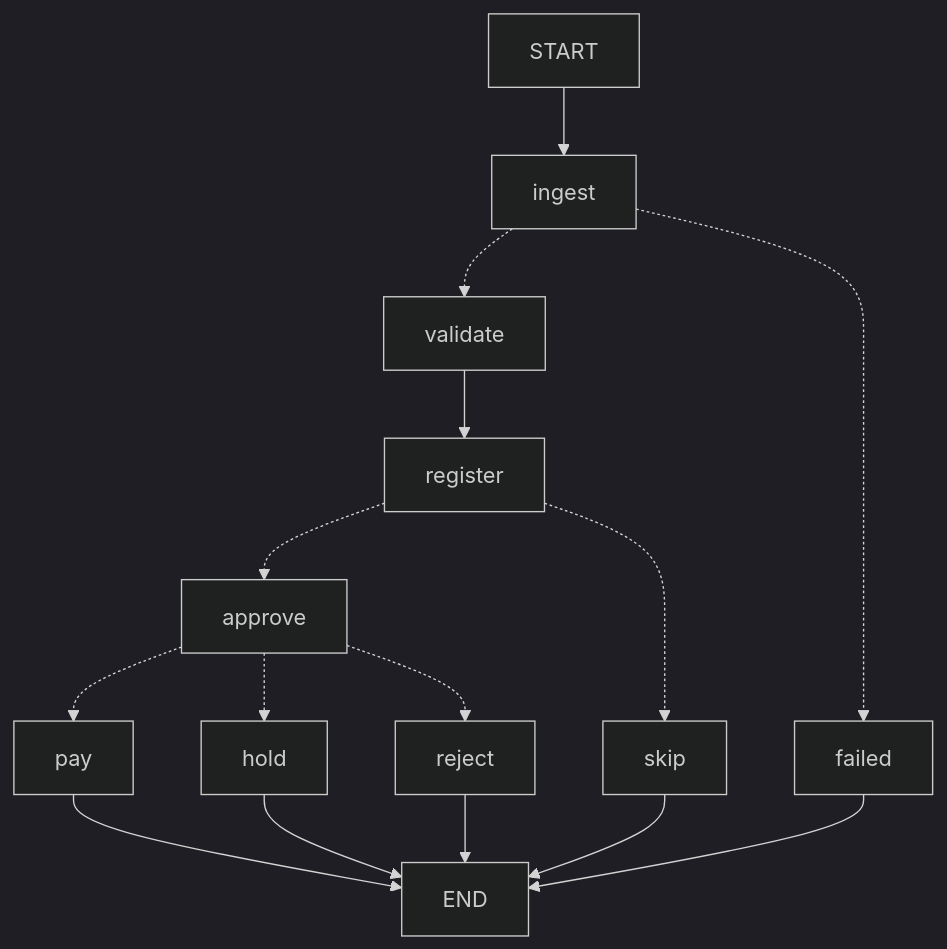
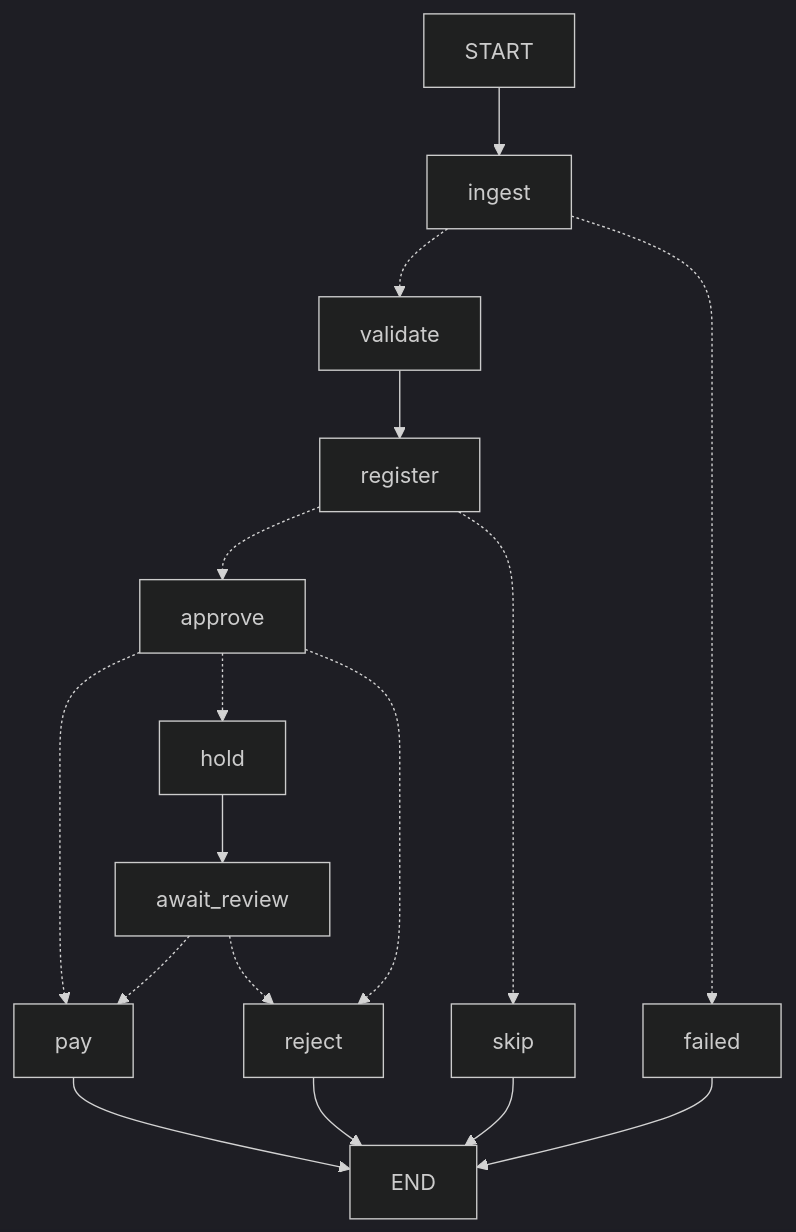
One commit to webster-hunter/galatiq-assessment-websterhunter changed the diagram in README.md. Above: the diagram before and after it, drawn with Mermaid (dark theme). The commit also changed other lines of this file and 9 other files, not shown here.

````diff
--- a/README.md
+++ b/README.md
@@ -154,17 +157,19 @@
 ```mermaid
 graph TD;
     START --> ingest;
     ingest -.-> validate;
     ingest -.-> failed;
     validate --> register;
     register -.-> approve;
     register -.-> skip;
     approve -.-> pay;
     approve -.-> hold;
     approve -.-> reject;
+    hold --> await_review;
+    await_review -.-> pay;
+    await_review -.-> reject;
     pay --> END;
-    hold --> END;
     reject --> END;
     skip --> END;
     failed --> END;
 ```
````
